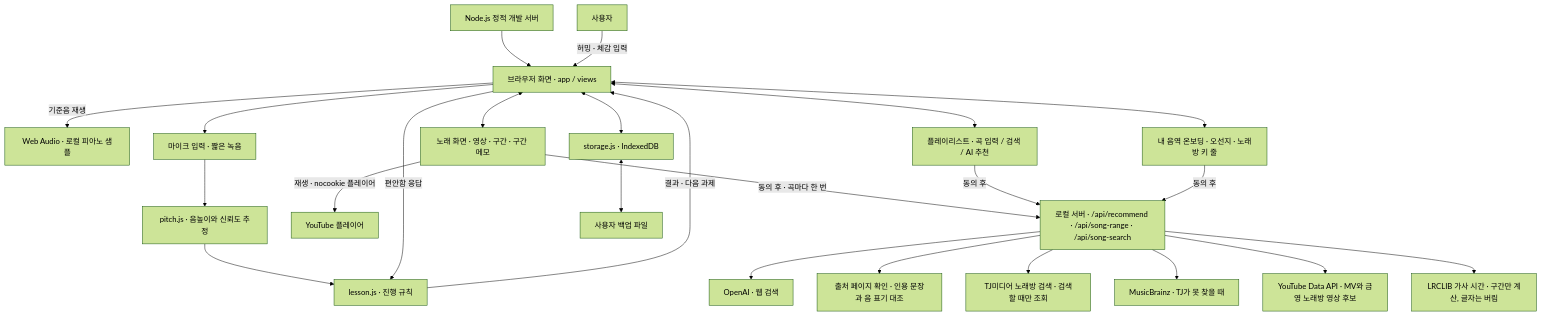
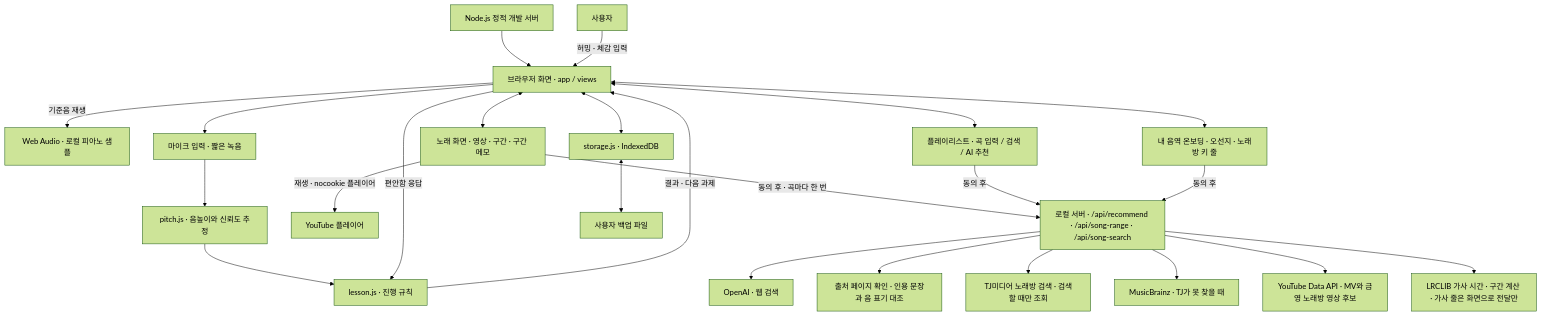
The first of 2 diagrams in docs/architecture.md (Yoonsung-kor/SING), drawn with Mermaid (forest theme) before and after one commit. The commit also changed other lines of this file and 1 other file, not shown here.

Commit message:
docs: audio track, lyrics view and TJ channel search

````diff
--- a/docs/architecture.md
+++ b/docs/architecture.md
@@ -7,26 +7,26 @@
 ```mermaid
 flowchart TD
     Static[Node.js 정적 개발 서버] --> UI[브라우저 화면 · app / views]
     User[사용자] -->|허밍 · 체감 입력| UI
     UI -->|기준음 재생| Piano[Web Audio · 로컬 피아노 샘플]
     UI --> Capture[마이크 입력 · 짧은 녹음]
     Capture --> Pitch[pitch.js · 음높이와 신뢰도 추정]
     Pitch --> Lesson[lesson.js · 진행 규칙]
     UI -->|편안함 응답| Lesson
     Lesson -->|결과 · 다음 과제| UI
     UI <--> Songs[플레이리스트 · 곡 입력 / 검색 / AI 추천]
     UI <--> SongScreen[노래 화면 · 영상 · 구간 · 구간 메모]
     SongScreen -->|재생 · nocookie 플레이어| YTPlayer[YouTube 플레이어]
     SongScreen -->|동의 후 · 곡마다 한 번| Server
     UI <--> Voice[내 음역 온보딩 · 오선지 · 노래방 키 줄]
     Songs -->|동의 후| Server[로컬 서버 · /api/recommend · /api/song-range · /api/song-search]
     Voice -->|동의 후| Server
     Server --> OpenAI[OpenAI · 웹 검색]
     Server --> Check[출처 페이지 확인 · 인용 문장과 음 표기 대조]
     Server --> TJ[TJ미디어 노래방 검색 · 검색할 때만 조회]
     Server --> MB[MusicBrainz · TJ가 못 찾을 때]
     Server --> YT[YouTube Data API · MV와 금영 노래방 영상 후보]
-    Server --> LRC[LRCLIB 가사 시간 · 구간만 계산, 글자는 버림]
+    Server --> LRC[LRCLIB 가사 시간 · 구간 계산 · 가사 줄은 화면으로 전달만]
     UI <--> Store[storage.js · IndexedDB]
     Store <--> Backup[사용자 백업 파일]
 ```
````
